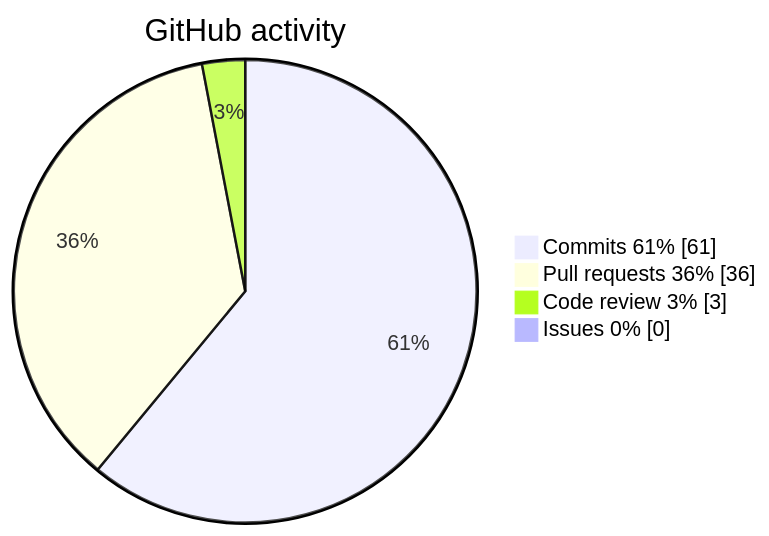
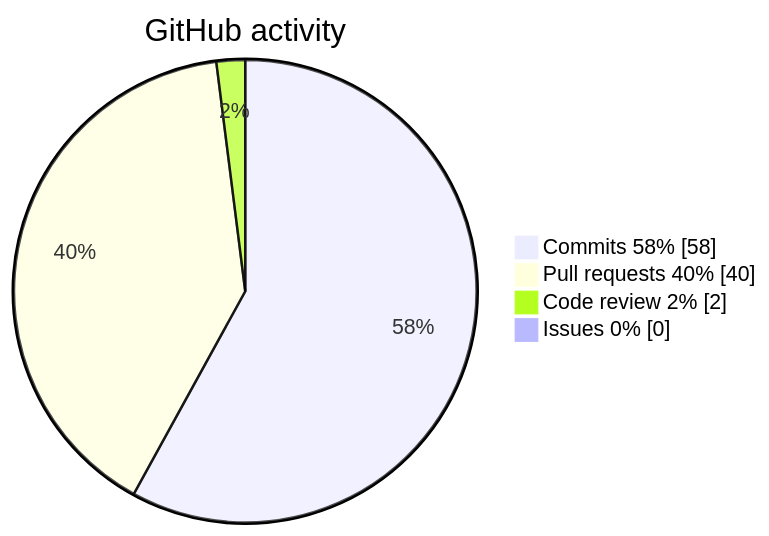
One commit to krotname/KrotName changed the diagram in README.en.md. Above: the diagram before and after it, drawn with Mermaid. The commit also changed other lines of this file and 1 other file, not shown here.

Commit message:
Update profile metrics

````diff
--- a/README.en.md
+++ b/README.en.md
@@ -48,8 +48,8 @@
 ```mermaid
 pie showData
     title GitHub activity
-    "Commits 61%" : 61
-    "Pull requests 36%" : 36
-    "Code review 3%" : 3
+    "Commits 58%" : 58
+    "Pull requests 40%" : 40
+    "Code review 2%" : 2
     "Issues 0%" : 0
 ```
````
